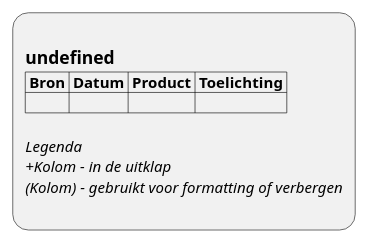
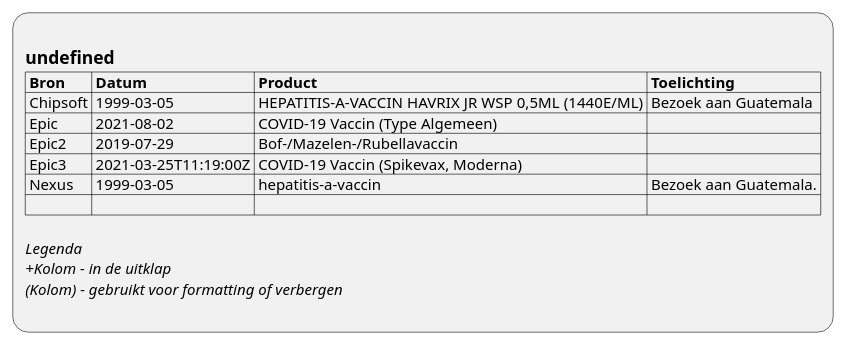
One commit to RIVO-Noord/zorgviewer-ig changed the diagram in input/images-source/ViewDefinition-Immunization.plantuml. Above: the diagram before and after it, drawn with PlantUML. The commit also changed 6 other files, not shown here.

```diff
--- a/input/images-source/ViewDefinition-Immunization.plantuml
+++ b/input/images-source/ViewDefinition-Immunization.plantuml
@@ -1,11 +1,16 @@
 @startuml ViewDefinition-Immunization
 :
 == undefined
 |= Bron |= Datum |= Product |= Toelichting |
+| Chipsoft | 1999-03-05 | HEPATITIS-A-VACCIN HAVRIX JR WSP 0,5ML (1440E/ML) | Bezoek aan Guatemala |
+| Epic | 2021-08-02 | COVID-19 Vaccin (Type Algemeen) |  |
+| Epic2 | 2019-07-29 | Bof-/Mazelen-/Rubellavaccin |  |
+| Epic3 | 2021-03-25T11:19:00Z | COVID-19 Vaccin (Spikevax, Moderna) |  |
+| Nexus | 1999-03-05 | hepatitis-a-vaccin | Bezoek aan Guatemala. |
 | |
 
 //Legenda//
 //+Kolom - in de uitklap//
 //(Kolom) - gebruikt voor formatting of verbergen//
 ;
 @enduml
```
